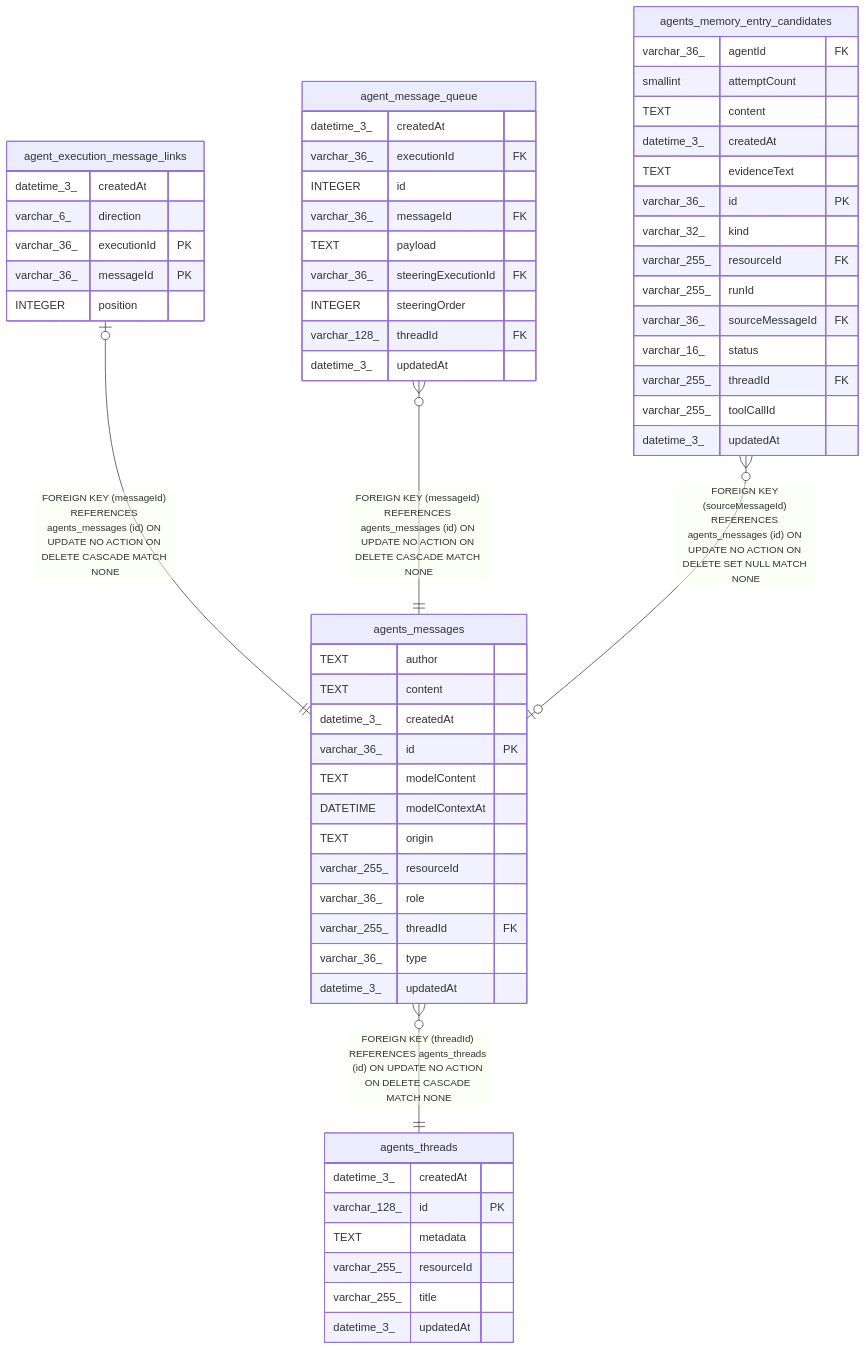
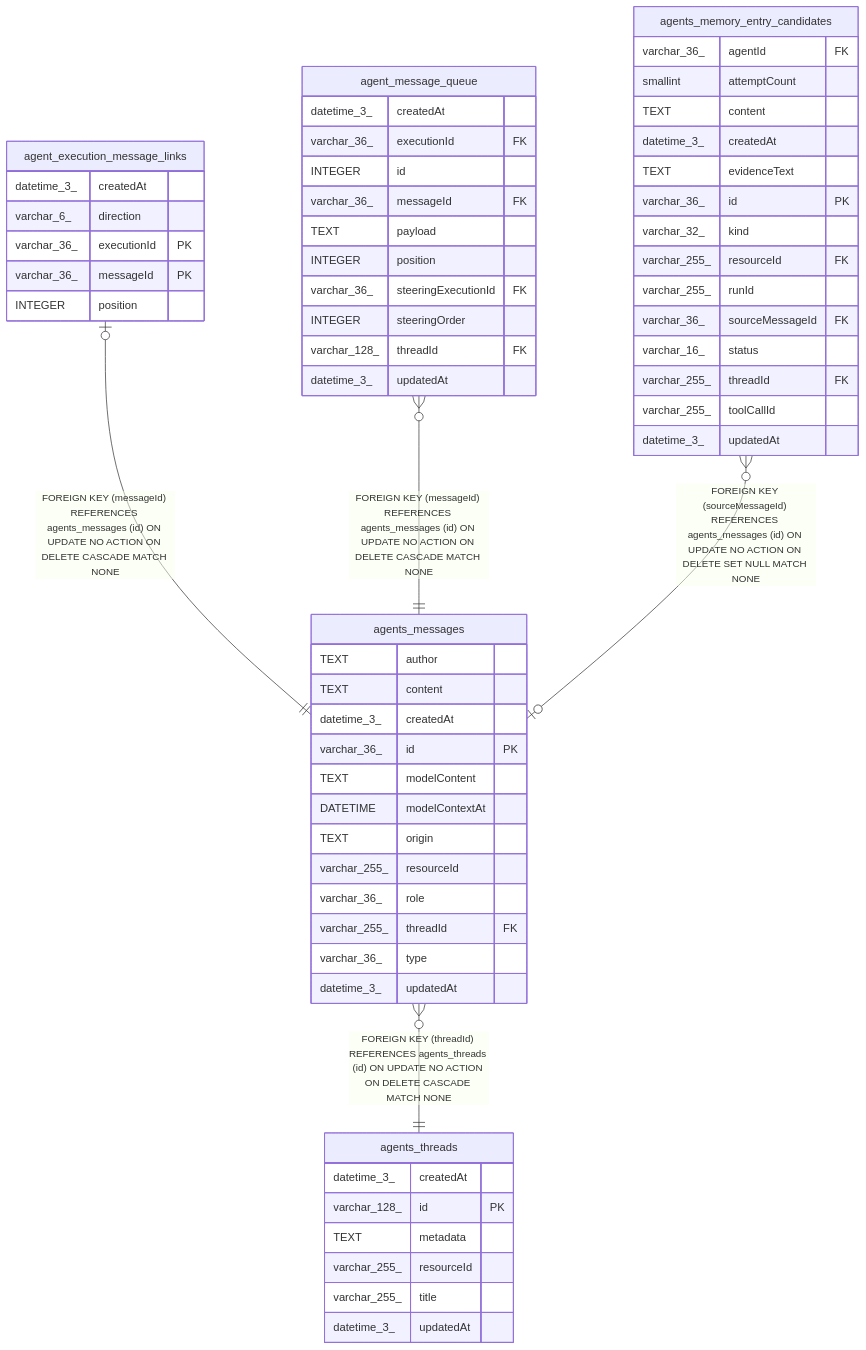
Before and after one commit to sreent/n8n: the diagram in docs/generated/sqlite-schema/agents_messages.md, drawn with Mermaid. The commit also changed 3224 other files, not shown here.

````diff
--- a/docs/generated/sqlite-schema/agents_messages.md
+++ b/docs/generated/sqlite-schema/agents_messages.md
@@ -51,65 +51,66 @@
 ```mermaid
 erDiagram
 
 "agent_execution_message_links" |o--|| "agents_messages" : "FOREIGN KEY (messageId) REFERENCES agents_messages (id) ON UPDATE NO ACTION ON DELETE CASCADE MATCH NONE"
 "agent_message_queue" }o--|| "agents_messages" : "FOREIGN KEY (messageId) REFERENCES agents_messages (id) ON UPDATE NO ACTION ON DELETE CASCADE MATCH NONE"
 "agents_memory_entry_candidates" }o--o| "agents_messages" : "FOREIGN KEY (sourceMessageId) REFERENCES agents_messages (id) ON UPDATE NO ACTION ON DELETE SET NULL MATCH NONE"
 "agents_messages" }o--|| "agents_threads" : "FOREIGN KEY (threadId) REFERENCES agents_threads (id) ON UPDATE NO ACTION ON DELETE CASCADE MATCH NONE"
 
 "agents_messages" {
   TEXT author
   TEXT content
   datetime_3_ createdAt
   varchar_36_ id PK
   TEXT modelContent
   DATETIME modelContextAt
   TEXT origin
   varchar_255_ resourceId
   varchar_36_ role
   varchar_255_ threadId FK
   varchar_36_ type
   datetime_3_ updatedAt
 }
 "agent_execution_message_links" {
   datetime_3_ createdAt
   varchar_6_ direction
   varchar_36_ executionId PK
   varchar_36_ messageId PK
   INTEGER position
 }
 "agent_message_queue" {
   datetime_3_ createdAt
   varchar_36_ executionId FK
   INTEGER id
   varchar_36_ messageId FK
   TEXT payload
+  INTEGER position
   varchar_36_ steeringExecutionId FK
   INTEGER steeringOrder
   varchar_128_ threadId FK
   datetime_3_ updatedAt
 }
 "agents_memory_entry_candidates" {
   varchar_36_ agentId FK
   smallint attemptCount
   TEXT content
   datetime_3_ createdAt
   TEXT evidenceText
   varchar_36_ id PK
   varchar_32_ kind
   varchar_255_ resourceId FK
   varchar_255_ runId
   varchar_36_ sourceMessageId FK
   varchar_16_ status
   varchar_255_ threadId FK
   varchar_255_ toolCallId
   datetime_3_ updatedAt
 }
 "agents_threads" {
   datetime_3_ createdAt
   varchar_128_ id PK
   TEXT metadata
   varchar_255_ resourceId
   varchar_255_ title
   datetime_3_ updatedAt
 }
 ```
````
